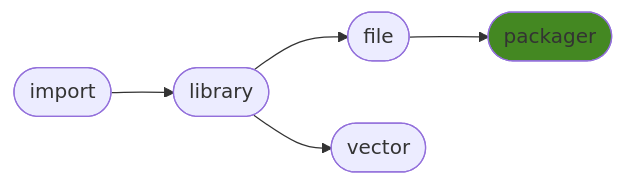
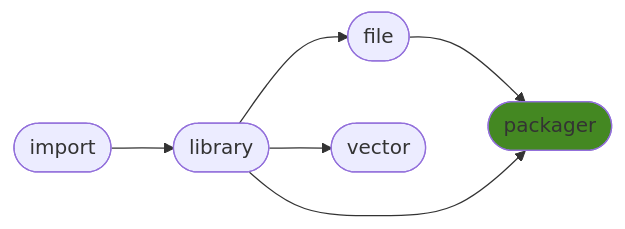
The diagram in README.md (ManderaGeneral/generalpackager), drawn with Mermaid before and after one commit. The commit also changed other lines of this file, not shown here.

Commit message:
[CI AUTO] Sync triggered by generalfile

````diff
--- a/README.md
+++ b/README.md
@@ -16,13 +16,14 @@
 ```mermaid
 flowchart LR
-2([library]) --> 4([vector])
-3([import]) --> 2([library])
-1([file]) --> 0([packager])
-2([library]) --> 1([file])
-click 0 "https://github.com/ManderaGeneral/generalpackager"
-click 1 "https://github.com/ManderaGeneral/generalfile"
-click 2 "https://github.com/ManderaGeneral/generallibrary"
-click 3 "https://github.com/ManderaGeneral/generalimport"
-click 4 "https://github.com/ManderaGeneral/generalvector"
-style 0 fill:#482
+2([file]) --> 4([packager])
+1([library]) --> 3([vector])
+1([library]) --> 2([file])
+1([library]) --> 4([packager])
+0([import]) --> 1([library])
+click 0 "https://github.com/ManderaGeneral/generalimport"
+click 1 "https://github.com/ManderaGeneral/generallibrary"
+click 2 "https://github.com/ManderaGeneral/generalfile"
+click 3 "https://github.com/ManderaGeneral/generalvector"
+click 4 "https://github.com/ManderaGeneral/generalpackager"
+style 4 fill:#482
 ```
````
